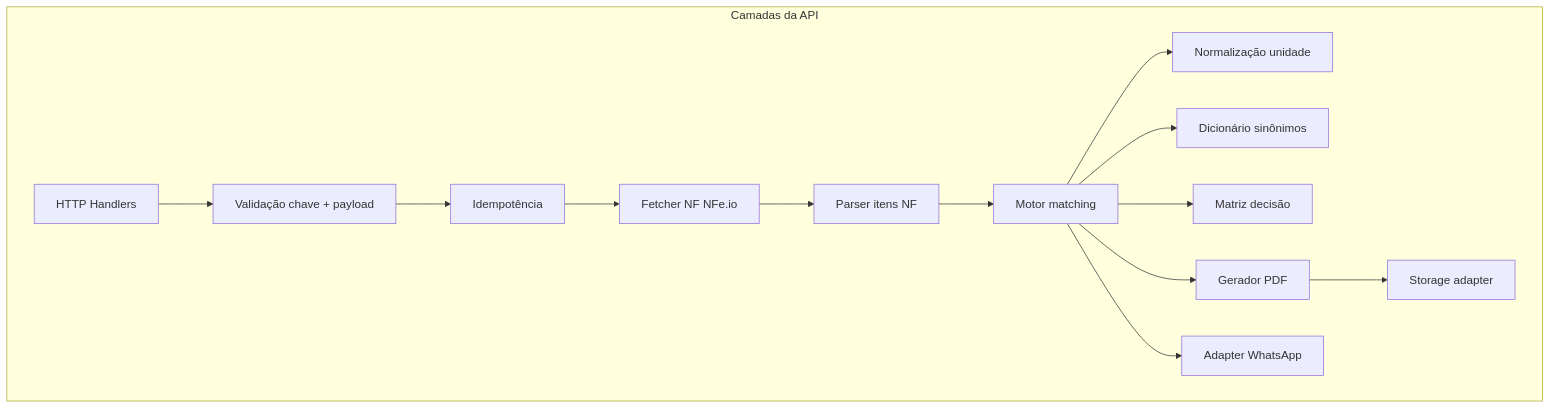
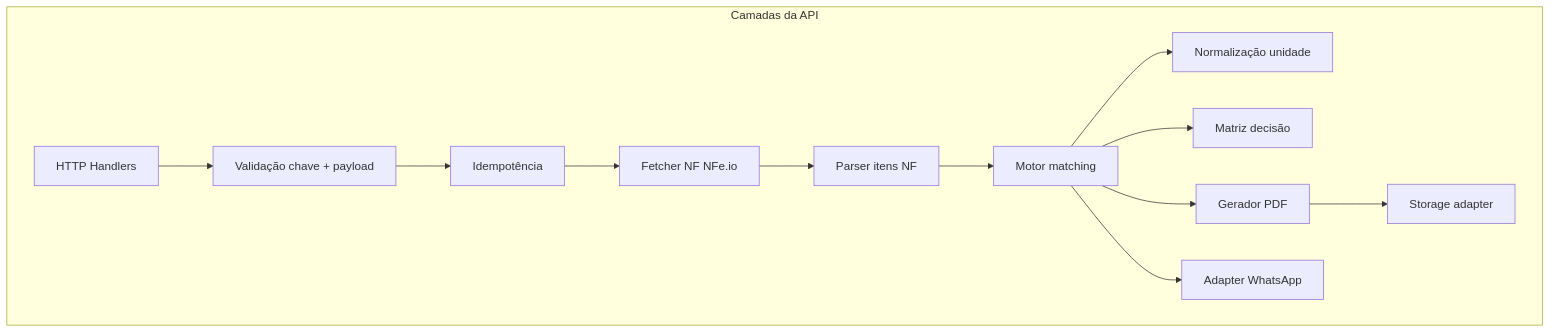
The third of 4 diagrams in docs/ARQUITETURA.md (nocodenn-cell/SteelSPY), drawn with Mermaid before and after one commit. The commit also changed other lines of this file and 6 other files, not shown here.

````diff
--- a/docs/ARQUITETURA.md
+++ b/docs/ARQUITETURA.md
@@ -99,22 +99,21 @@
 ```mermaid
 flowchart TB
   subgraph API["Camadas da API"]
     H[HTTP Handlers]
     V[Validação chave + payload]
     I[Idempotência]
     F[Fetcher NF NFe.io]
     P[Parser itens NF]
     M[Motor matching]
     M --> NORM[Normalização unidade]
-    M --> DIC[Dicionário sinônimos]
     M --> REGRA[Matriz decisão]
     PDF[Gerador PDF]
     WA[Adapter WhatsApp]
     ST[Storage adapter]
   end
 
   H --> V --> I --> F --> P --> M
   M --> PDF
   M --> WA
   PDF --> ST
 ```
````
